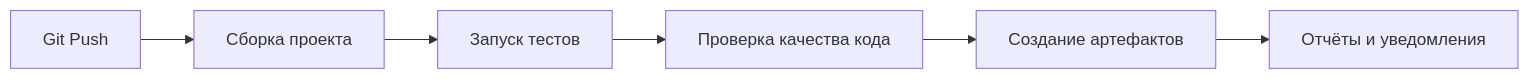
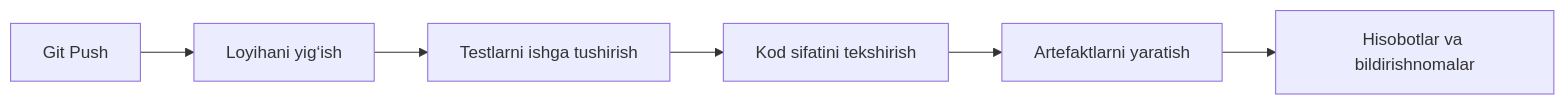
One commit to SafarMr/DevOPS--project changed the diagram in ci-cd/CI/README.md. Above: the diagram before and after it, drawn with Mermaid. The commit also changed other lines of this file and 2 other files, not shown here.

````diff
--- a/ci-cd/CI/README.md
+++ b/ci-cd/CI/README.md
@@ -29,8 +30,8 @@
 ```mermaid
 graph LR
-    A[Git Push] --> B[Сборка проекта]
-    B --> C[Запуск тестов]
-    C --> D[Проверка качества кода]
-    D --> E[Создание артефактов]
-    E --> F[Отчёты и уведомления]
+    A[Git Push] --> B[Loyihani yig‘ish]
+    B --> C[Testlarni ishga tushirish]
+    C --> D[Kod sifatini tekshirish]
+    D --> E[Artefaktlarni yaratish]
+    E --> F[Hisobotlar va bildirishnomalar]
 ```
````
